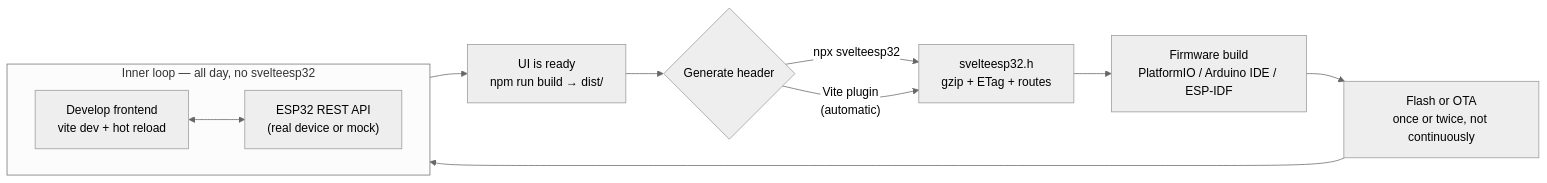
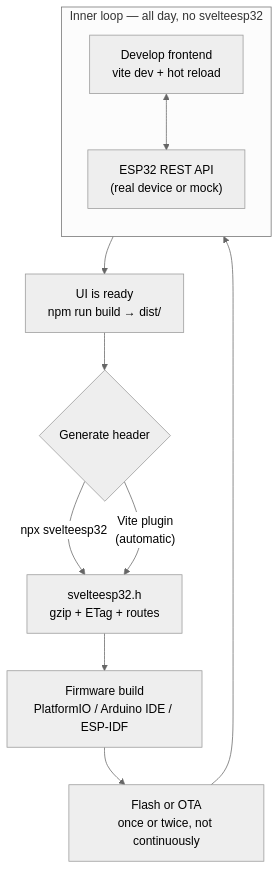
One commit to BCsabaEngine/svelteesp32 changed the diagram in README.md. Above: the diagram before and after it, drawn with Mermaid (neutral theme). The commit also changed 16 other files, not shown here.

````diff
--- a/README.md
+++ b/README.md
@@ -93,17 +93,17 @@
 ```mermaid
-flowchart LR
+flowchart TD
     subgraph inner["Inner loop — all day, no svelteesp32"]
-        direction LR
+        direction TB
         A["Develop frontend<br/>vite dev + hot reload"]
         API["ESP32 REST API<br/>(real device or mock)"]
         A <--> API
     end
 
     inner --> B["UI is ready<br/>npm run build → dist/"]
     B --> C{"Generate header"}
     C -->|"npx svelteesp32"| D["svelteesp32.h<br/>gzip + ETag + routes"]
     C -->|"Vite plugin<br/>(automatic)"| D
     D --> E["Firmware build<br/>PlatformIO / Arduino IDE / ESP-IDF"]
     E --> F["Flash or OTA<br/>once or twice, not continuously"]
     F --> A
 ```
````
